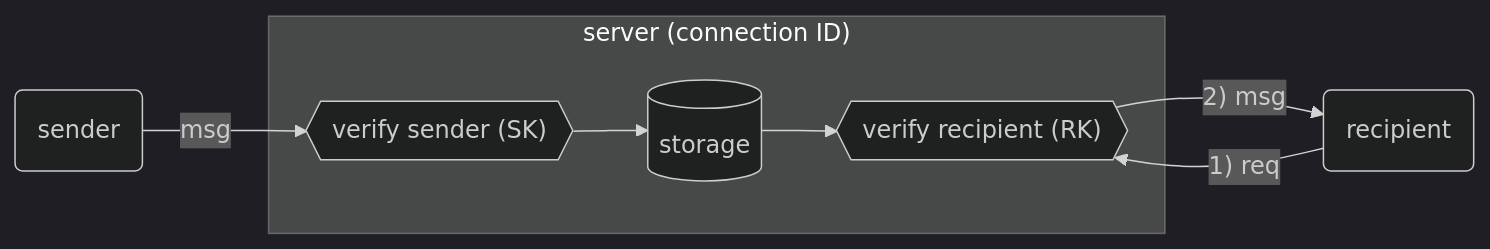
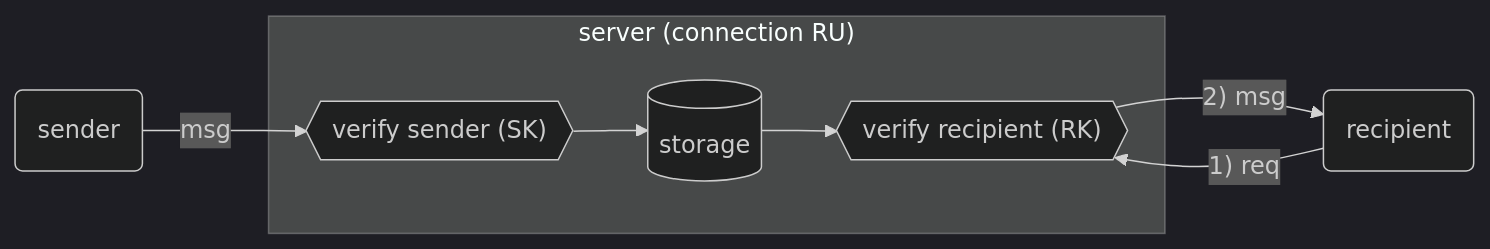
One commit to simplex-chat/simplex-chat changed the diagram in diagrams/simplex-messaging/simplex.mmd. Above: the diagram before and after it, drawn with Mermaid (dark theme). The commit also changed 5 other files, not shown here.

Commit message:
docs: update simplex diagrams to remove connection ID

```diff
--- a/diagrams/simplex-messaging/simplex.mmd
+++ b/diagrams/simplex-messaging/simplex.mmd
@@ -1,11 +1,11 @@
 graph LR
   VS{{"verify sender (SK)"}}
   VR{{"verify recipient (RK)"}}
 
   S(sender) -->|msg| VS
-  subgraph "server (connection ID)"
+  subgraph "server (connection RU)"
     VS --> DB[("storage")]
     DB --> VR
   end
   R(recipient) -->|"1) req"| VR
   VR -->|"2) msg"| R
```
